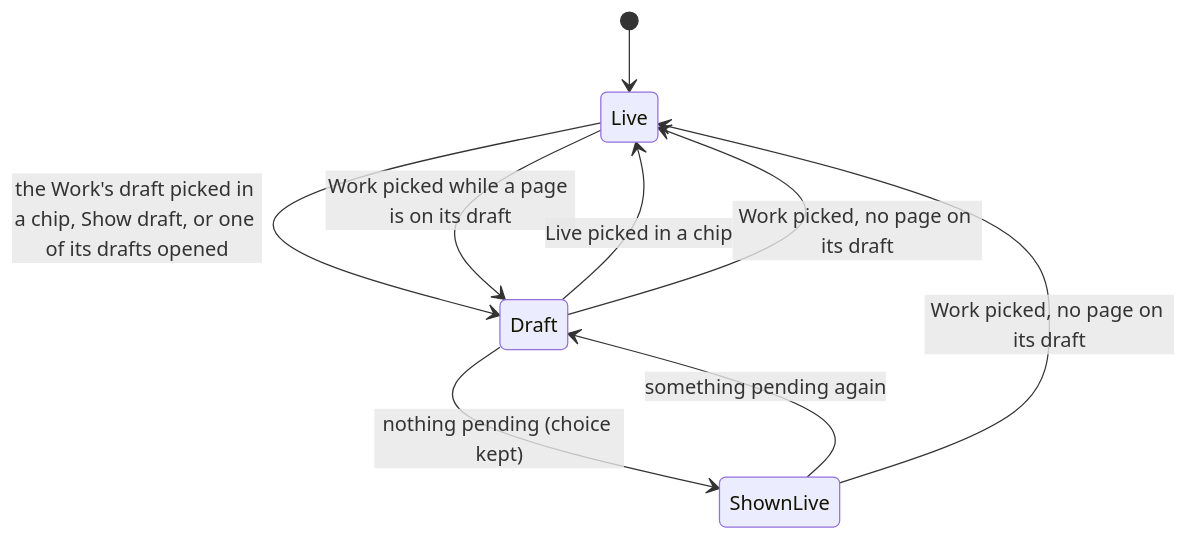
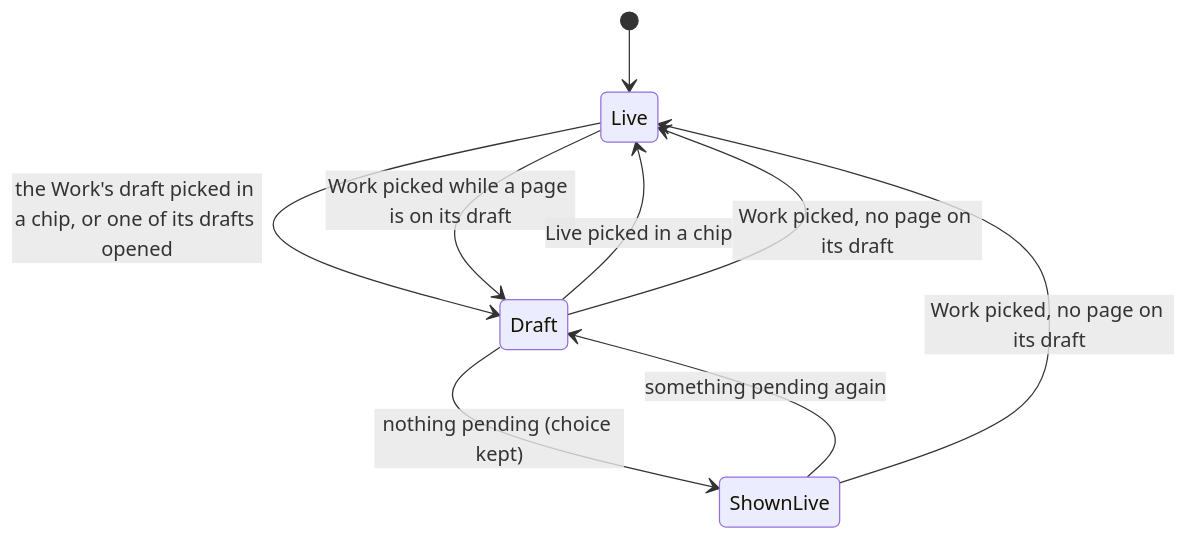
Before and after one commit to haowjy/meridian-flow: the diagram in apps/app/src/features/project/.context/tree-version-state-machine.md, drawn with Mermaid. The commit also changed other lines of this file and 40 other files, not shown here.

````diff
--- a/apps/app/src/features/project/.context/tree-version-state-machine.md
+++ b/apps/app/src/features/project/.context/tree-version-state-machine.md
@@ -23,11 +23,11 @@
 ```mermaid
 stateDiagram-v2
     [*] --> Live
-    Live --> Draft: the Work's draft picked in a chip, Show draft, or one of its drafts opened
+    Live --> Draft: the Work's draft picked in a chip, or one of its drafts opened
     Live --> Draft: Work picked while a page is on its draft
     Draft --> Live: Live picked in a chip
     Draft --> Live: Work picked, no page on its draft
     Draft --> ShownLive: nothing pending (choice kept)
     ShownLive --> Draft: something pending again
     ShownLive --> Live: Work picked, no page on its draft
 ```
````
